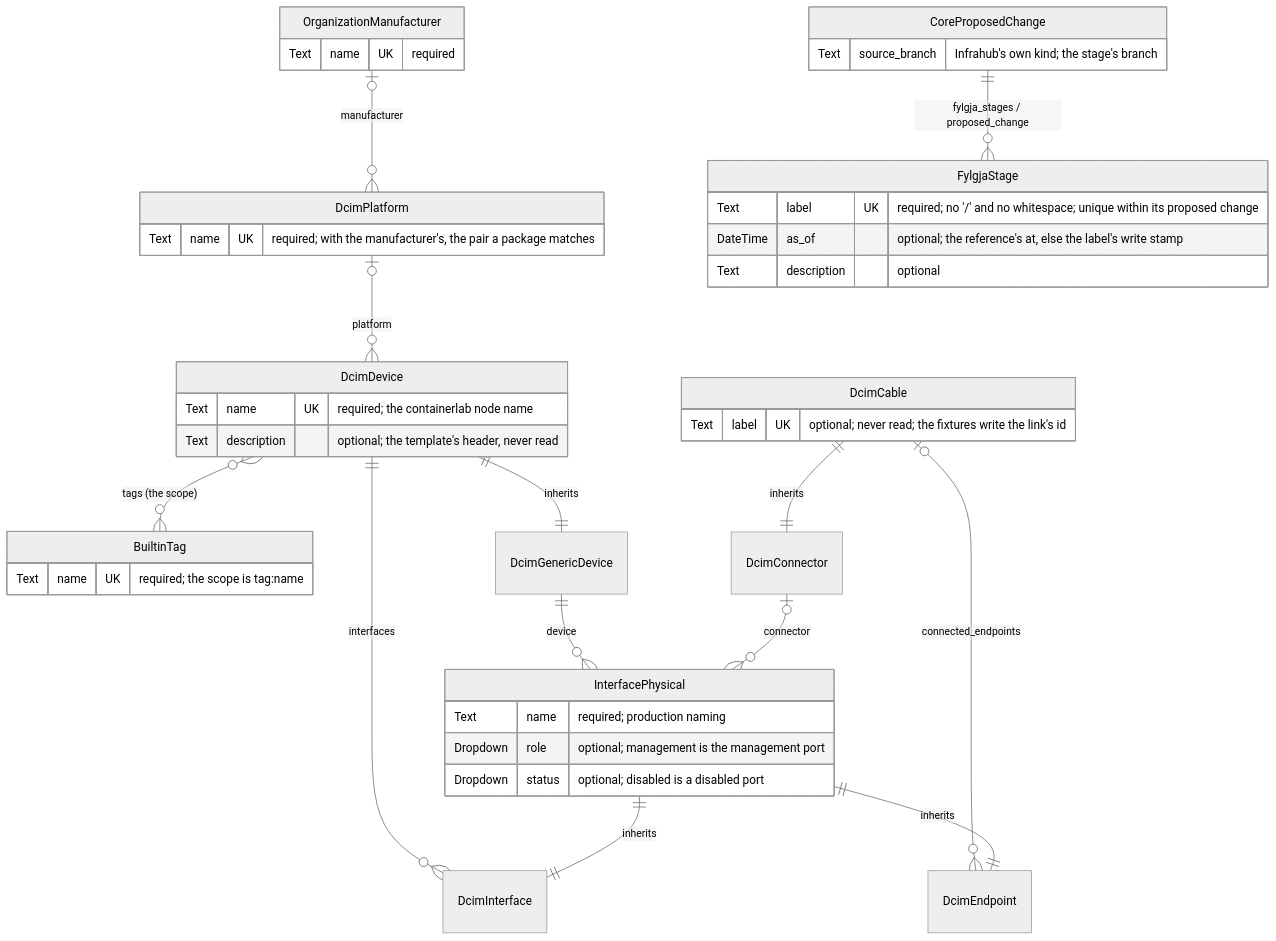
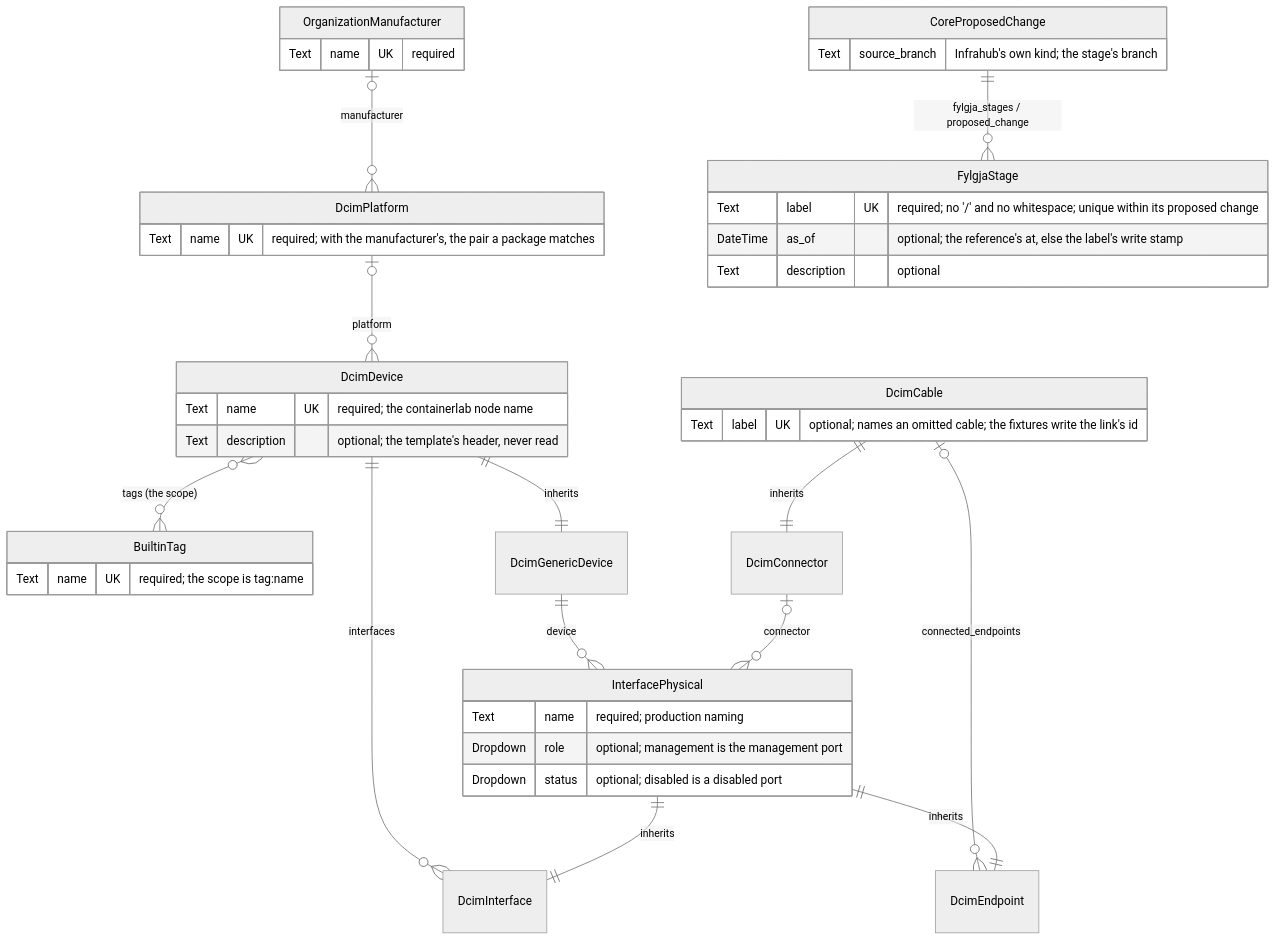
One commit to happypathnetworking/fylgja changed the diagram in docs/diagrams/schema.md. Above: the diagram before and after it, drawn with Mermaid (neutral theme). The commit also changed 15 other files, not shown here.

````diff
--- a/docs/diagrams/schema.md
+++ b/docs/diagrams/schema.md
@@ -37,45 +37,45 @@
 ```mermaid
 erDiagram
     DcimDevice }o--o{ BuiltinTag : "tags (the scope)"
     DcimPlatform |o--o{ DcimDevice : "platform"
     OrganizationManufacturer |o--o{ DcimPlatform : "manufacturer"
     DcimDevice ||--o{ DcimInterface : "interfaces"
     DcimGenericDevice ||--o{ InterfacePhysical : "device"
     DcimConnector |o--o{ InterfacePhysical : "connector"
     DcimCable |o--o{ DcimEndpoint : "connected_endpoints"
     DcimDevice ||--|| DcimGenericDevice : "inherits"
     InterfacePhysical ||--|| DcimInterface : "inherits"
     InterfacePhysical ||--|| DcimEndpoint : "inherits"
     DcimCable ||--|| DcimConnector : "inherits"
     CoreProposedChange ||--o{ FylgjaStage : "fylgja_stages / proposed_change"
 
     BuiltinTag {
         Text name UK "required; the scope is tag:name"
     }
     DcimDevice {
         Text name UK "required; the containerlab node name"
         Text description "optional; the template's header, never read"
     }
     DcimPlatform {
         Text name UK "required; with the manufacturer's, the pair a package matches"
     }
     OrganizationManufacturer {
         Text name UK "required"
     }
     InterfacePhysical {
         Text name "required; production naming"
         Dropdown role "optional; management is the management port"
         Dropdown status "optional; disabled is a disabled port"
     }
     DcimCable {
-        Text label UK "optional; never read; the fixtures write the link's id"
+        Text label UK "optional; names an omitted cable; the fixtures write the link's id"
     }
     FylgjaStage {
         Text label UK "required; no '/' and no whitespace; unique within its proposed change"
         DateTime as_of "optional; the reference's at, else the label's write stamp"
         Text description "optional"
     }
     CoreProposedChange {
         Text source_branch "Infrahub's own kind; the stage's branch"
     }
 ```
````
